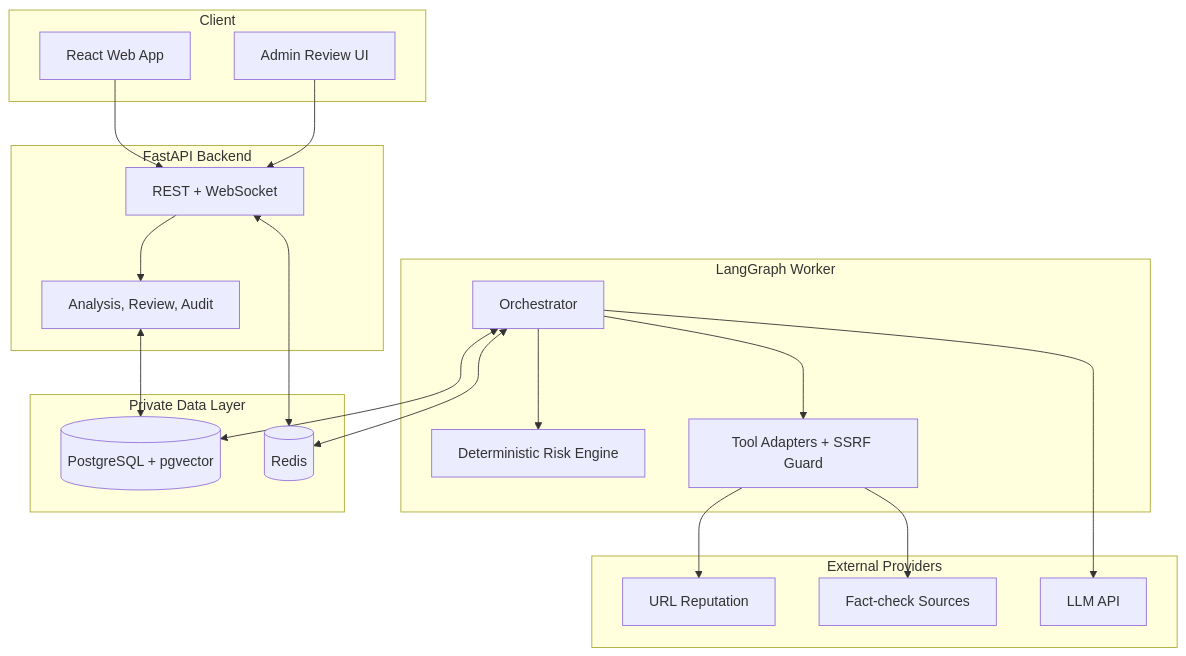
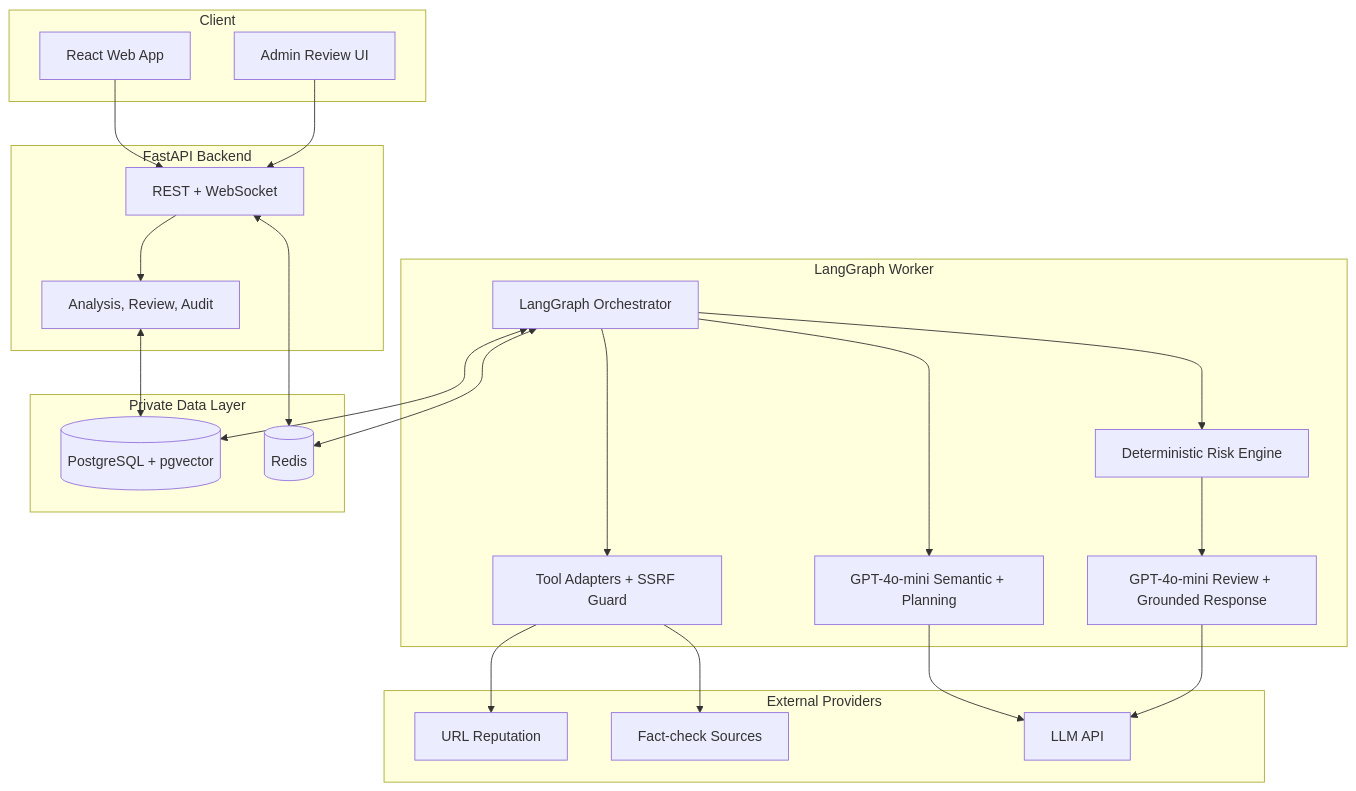
One commit to Binhdn04/TrustGuard-AI changed the first of 3 diagrams in docs/01-ARCHITECTURE.md. Above: the diagram before and after it, drawn with Mermaid. The commit also changed other lines of this file and 19 other files, not shown here.

Commit message:
Feat: Implement agent version 0 with gpt-4o-mini

````diff
--- a/docs/01-ARCHITECTURE.md
+++ b/docs/01-ARCHITECTURE.md
@@ -7,38 +7,43 @@
 ```mermaid
 flowchart TB
     subgraph Client["Client"]
         UI["React Web App"]
         Admin["Admin Review UI"]
     end
     subgraph Backend["FastAPI Backend"]
         API["REST + WebSocket"]
         Services["Analysis, Review, Audit"]
     end
     subgraph Agent["LangGraph Worker"]
-        Graph["Orchestrator"]
+        Graph["LangGraph Orchestrator"]
+        Semantic["GPT-4o-mini Semantic + Planning"]
         Risk["Deterministic Risk Engine"]
+        Grounding["GPT-4o-mini Review + Grounded Response"]
         Adapters["Tool Adapters + SSRF Guard"]
     end
     subgraph Data["Private Data Layer"]
         DB[("PostgreSQL + pgvector")]
         Redis[("Redis")]
     end
     subgraph External["External Providers"]
         Reputation["URL Reputation"]
         FactCheck["Fact-check Sources"]
         LLM["LLM API"]
     end
 
     UI --> API
     Admin --> API
     API --> Services
     Services <--> DB
     API <--> Redis
     Graph <--> Redis
     Graph --> Risk
+    Graph --> Semantic
+    Risk --> Grounding
     Graph --> Adapters
     Adapters --> Reputation
     Adapters --> FactCheck
-    Graph --> LLM
+    Semantic --> LLM
+    Grounding --> LLM
     Graph <--> DB
 ```
````
